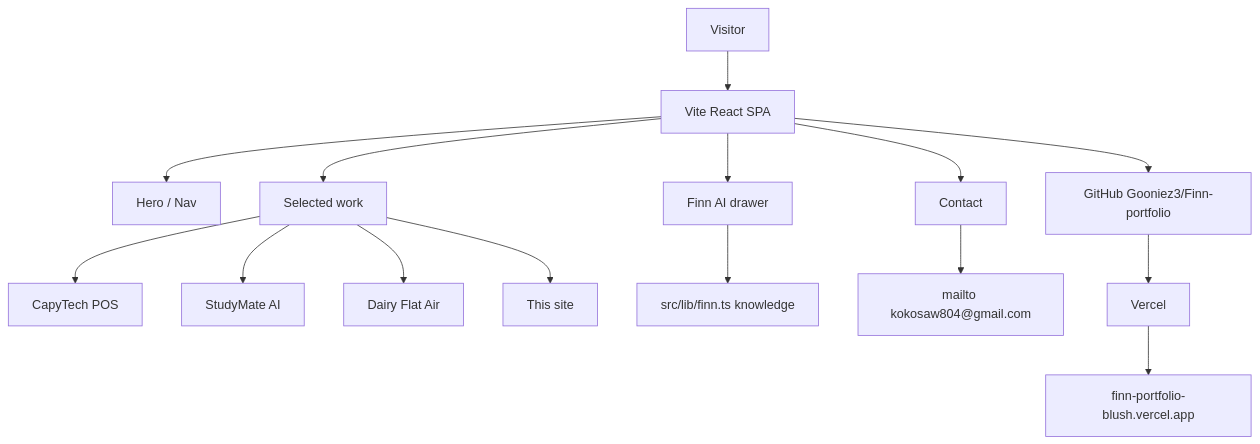
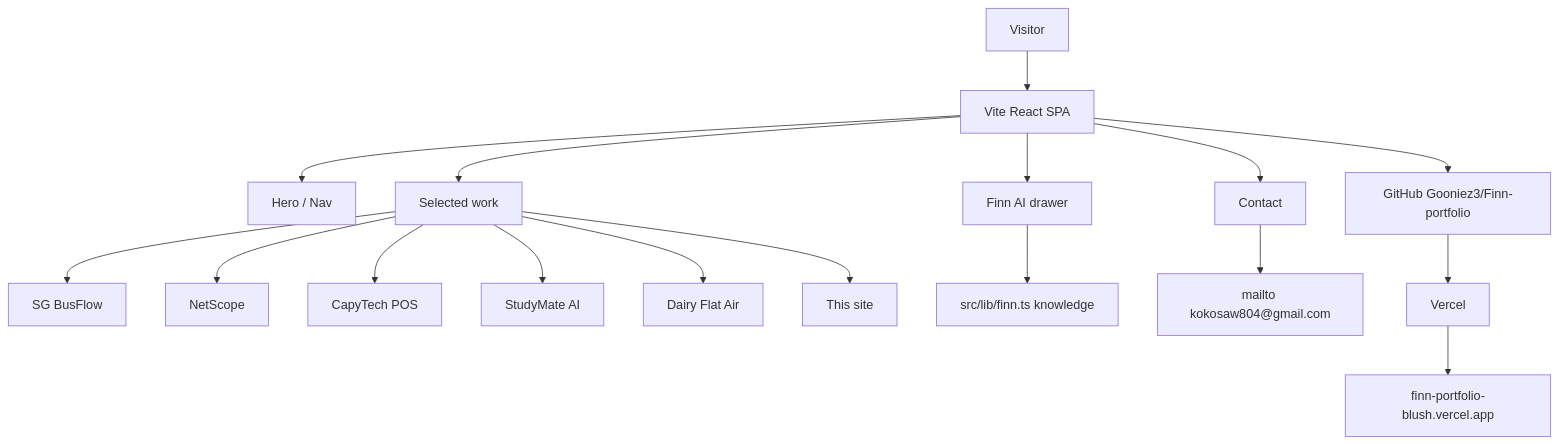
Before and after one commit to Gooniez3/Finn-portfolio: the diagram in README.md, drawn with Mermaid. The commit also changed other lines of this file and 12 other files, not shown here.

First line of the commit message:
Add SG BusFlow and NetScope to shipped work.

````diff
--- a/README.md
+++ b/README.md
@@ -54,20 +60,22 @@
 ```mermaid
 flowchart TD
     V[Visitor] --> UI[Vite React SPA]
     UI --> H[Hero / Nav]
     UI --> W[Selected work]
     UI --> F[Finn AI drawer]
     UI --> C[Contact]
 
-    W --> P1[CapyTech POS]
-    W --> P2[StudyMate AI]
-    W --> P3[Dairy Flat Air]
-    W --> P4[This site]
+    W --> P1[SG BusFlow]
+    W --> P2[NetScope]
+    W --> P3[CapyTech POS]
+    W --> P4[StudyMate AI]
+    W --> P5[Dairy Flat Air]
+    W --> P6[This site]
 
     F --> K[src/lib/finn.ts knowledge]
     C --> M[mailto kokosaw804@gmail.com]
 
     UI --> GH[GitHub Gooniez3/Finn-portfolio]
     GH --> VE[Vercel]
     VE --> LIVE[finn-portfolio-blush.vercel.app]
 ```
````
